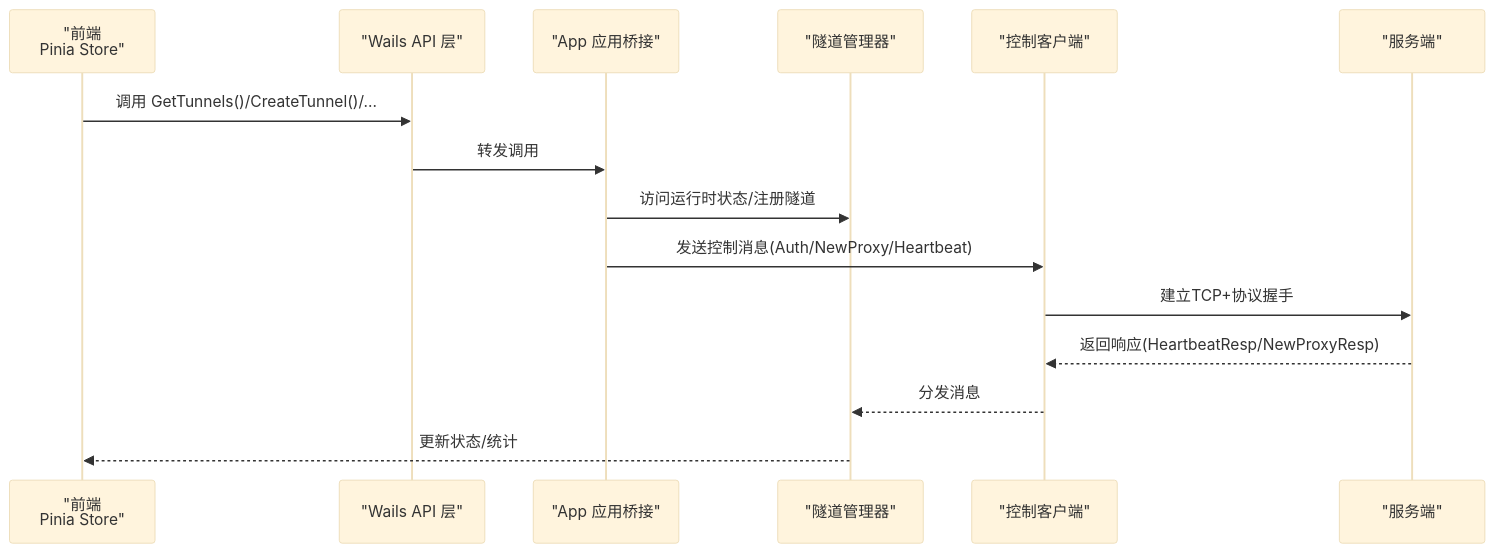
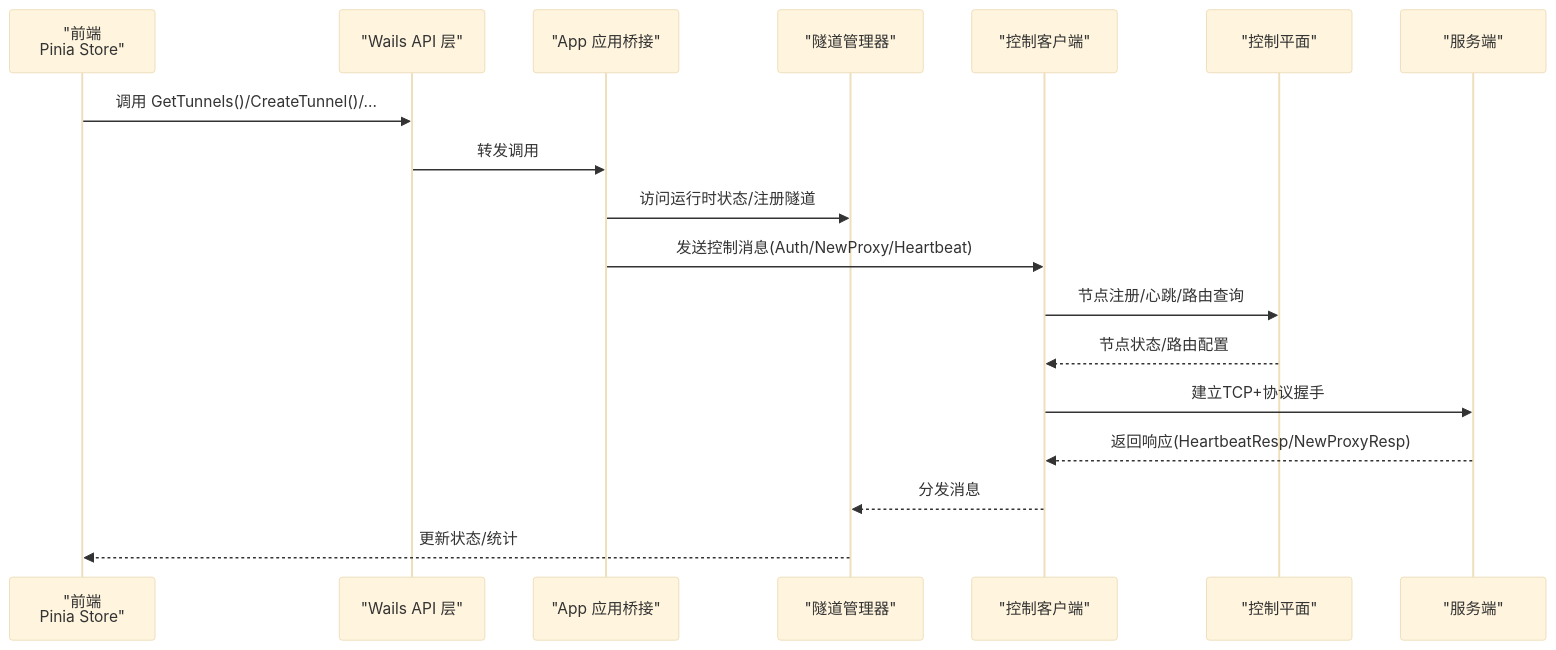
The second of 6 diagrams in .qoder/repowiki/zh/content/API接口参考/API接口参考.md (itsharex/NexTunnel), drawn with Mermaid (base theme) before and after one commit. The commit also changed other lines of this file and 23 other files, not shown here.

````diff
--- a/.qoder/repowiki/zh/content/API接口参考/API接口参考.md
+++ b/.qoder/repowiki/zh/content/API接口参考/API接口参考.md
@@ -118,17 +144,20 @@
 ```mermaid
 sequenceDiagram
 participant FE as "前端<br/>Pinia Store"
 participant API as "Wails API 层"
 participant APP as "App 应用桥接"
 participant MGR as "隧道管理器"
 participant CTRL as "控制客户端"
+participant CP as "控制平面"
 participant SRV as "服务端"
 FE->>API : 调用 GetTunnels()/CreateTunnel()/...
 API->>APP : 转发调用
 APP->>MGR : 访问运行时状态/注册隧道
 APP->>CTRL : 发送控制消息(Auth/NewProxy/Heartbeat)
+CTRL->>CP : 节点注册/心跳/路由查询
+CP-->>CTRL : 节点状态/路由配置
 CTRL->>SRV : 建立TCP+协议握手
 SRV-->>CTRL : 返回响应(HeartbeatResp/NewProxyResp)
 CTRL-->>MGR : 分发消息
 MGR-->>FE : 更新状态/统计
 ```
````
